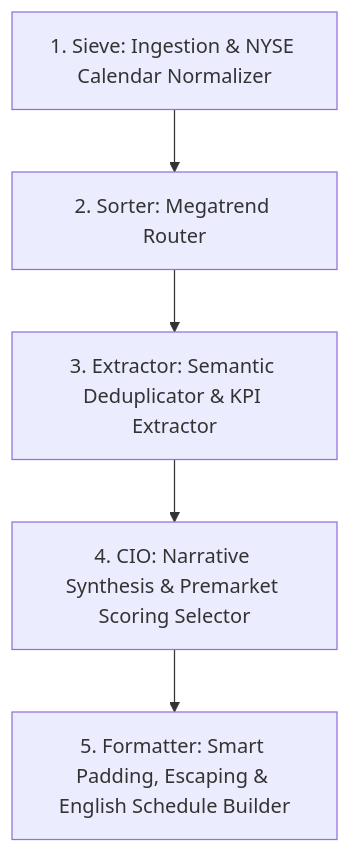
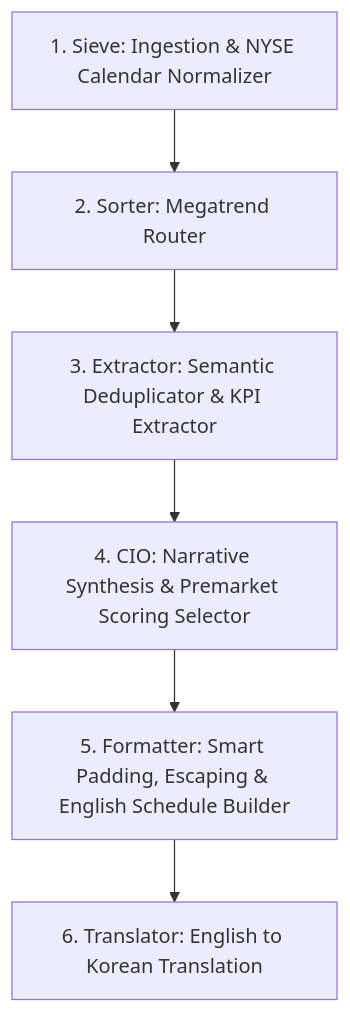
Before and after one commit to buddy-proiectio/core: the diagram in README.md, drawn with Mermaid. The commit also changed other lines of this file, not shown here.

````diff
--- a/README.md
+++ b/README.md
@@ -11,7 +11,8 @@
 ```mermaid
 graph TD
     sieve[1. Sieve: Ingestion & NYSE Calendar Normalizer] --> sorter[2. Sorter: Megatrend Router]
     sorter --> extractor[3. Extractor: Semantic Deduplicator & KPI Extractor]
     extractor --> cio[4. CIO: Narrative Synthesis & Premarket Scoring Selector]
     cio --> formatter[5. Formatter: Smart Padding, Escaping & English Schedule Builder]
+    formatter --> translator[6. Translator: English to Korean Translation]
 ```
````
